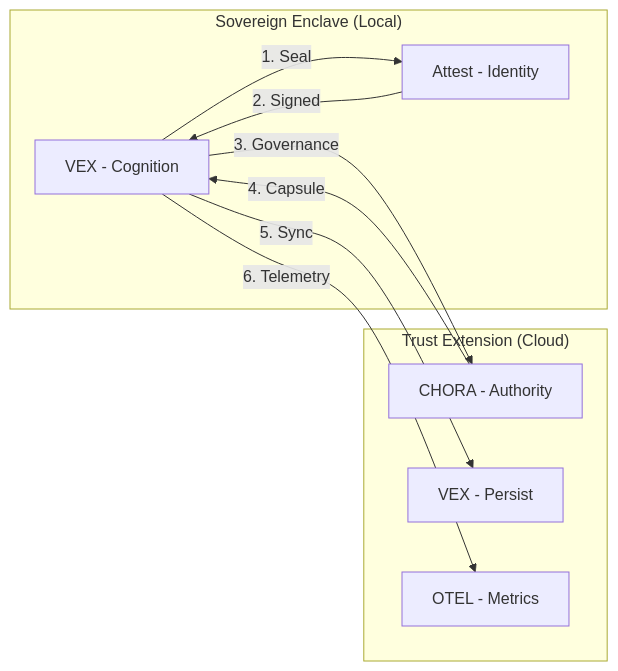
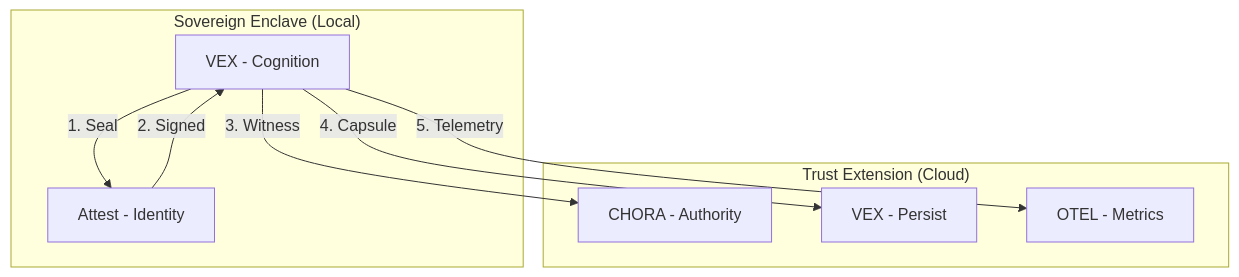
One commit to provnai/vex changed the second of 2 diagrams in README.md. Above: the diagram before and after it, drawn with Mermaid. The commit also changed other lines of this file and 38 other files, not shown here.

````diff
--- a/README.md
+++ b/README.md
@@ -209,20 +233,19 @@
 ```mermaid
-graph LR
+graph TD
     subgraph "Sovereign Enclave (Local)"
         VL[VEX - Cognition]
         AI[Attest - Identity]
     end
 
     subgraph "Trust Extension (Cloud)"
         VC[CHORA - Authority]
         VP[VEX - Persist]
         VO[OTEL - Metrics]
     end
 
     VL -->|1. Seal| AI
     AI -->|2. Signed| VL
-    VL -->|3. Governance| VC
-    VC -->|4. Capsule| VL
-    VL -->|5. Sync| VP
-    VL -->|6. Telemetry| VO
+    VL -->|3. Witness| VC
+    VL -->|4. Capsule| VP
+    VL -->|5. Telemetry| VO
 ```
````
